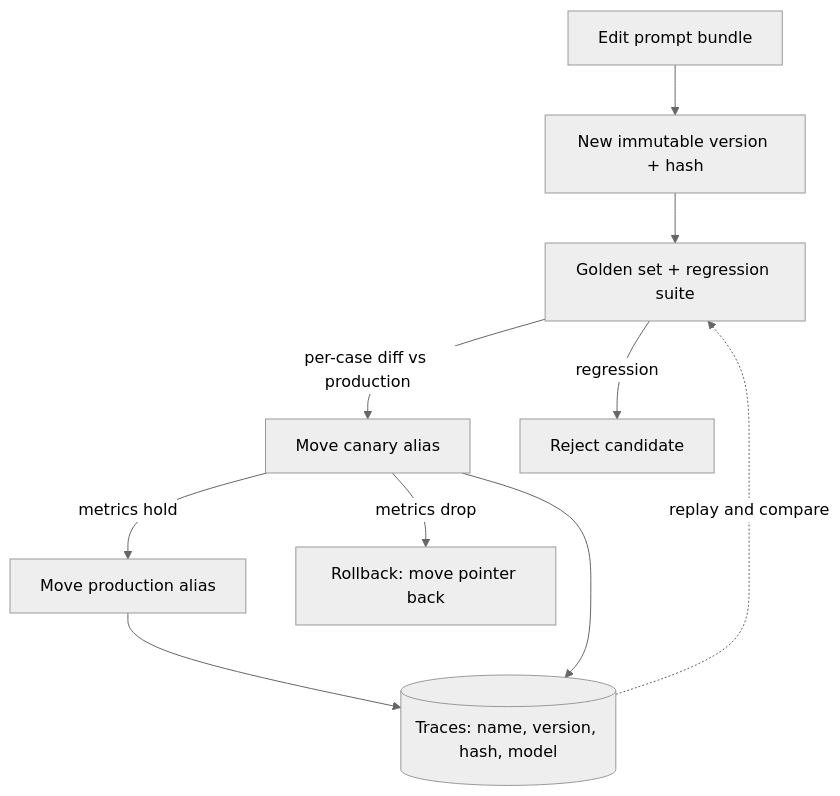
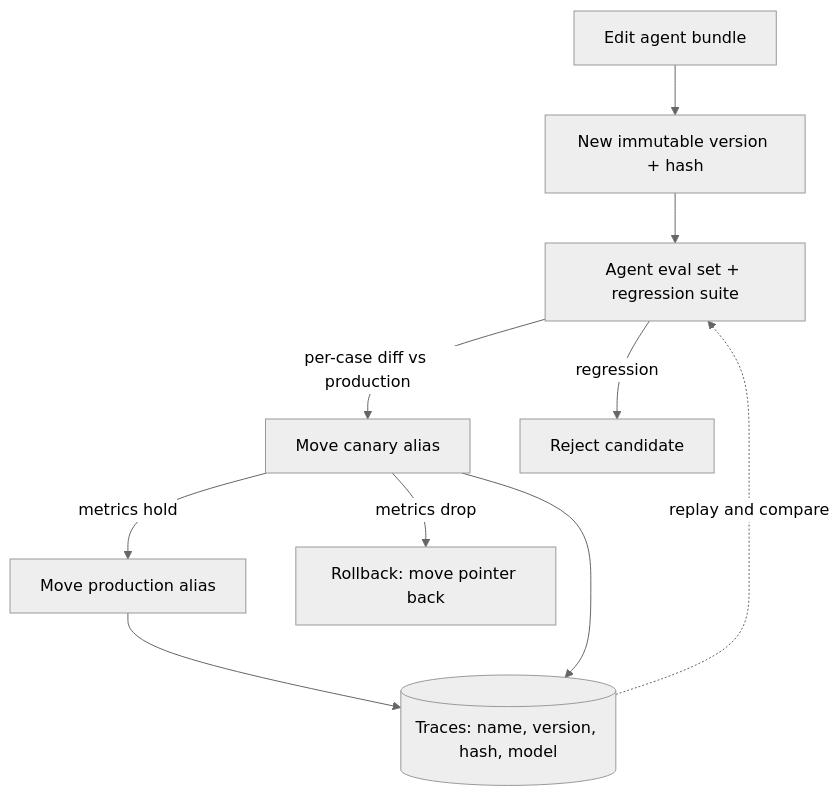
Before and after one commit to lovishmahajan97/agentic-learning: the diagram in content/prompting/prompt-versioning.md, drawn with Mermaid (neutral theme). The commit also changed other lines of this file and 485 other files, not shown here.

````diff
--- a/content/prompting/prompt-versioning.md
+++ b/content/prompting/prompt-versioning.md
@@ -120,12 +142,12 @@
 ```mermaid
 flowchart TD
-    E["Edit prompt bundle"] --> V["New immutable version + hash"]
-    V --> G["Golden set + regression suite"]
+    E["Edit agent bundle"] --> V["New immutable version + hash"]
+    V --> G["Agent eval set + regression suite"]
     G -->|"per-case diff vs production"| C["Move canary alias"]
     G -->|"regression"| X["Reject candidate"]
     C -->|"metrics hold"| P["Move production alias"]
     C -->|"metrics drop"| R["Rollback: move pointer back"]
     P --> T[("Traces: name, version, hash, model")]
     C --> T
     T -.->|"replay and compare"| G
 ```
````
